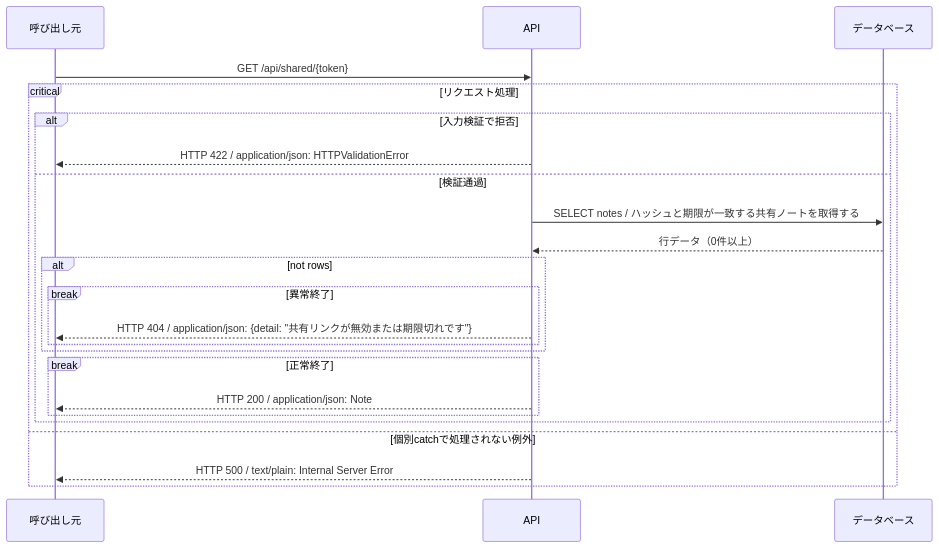
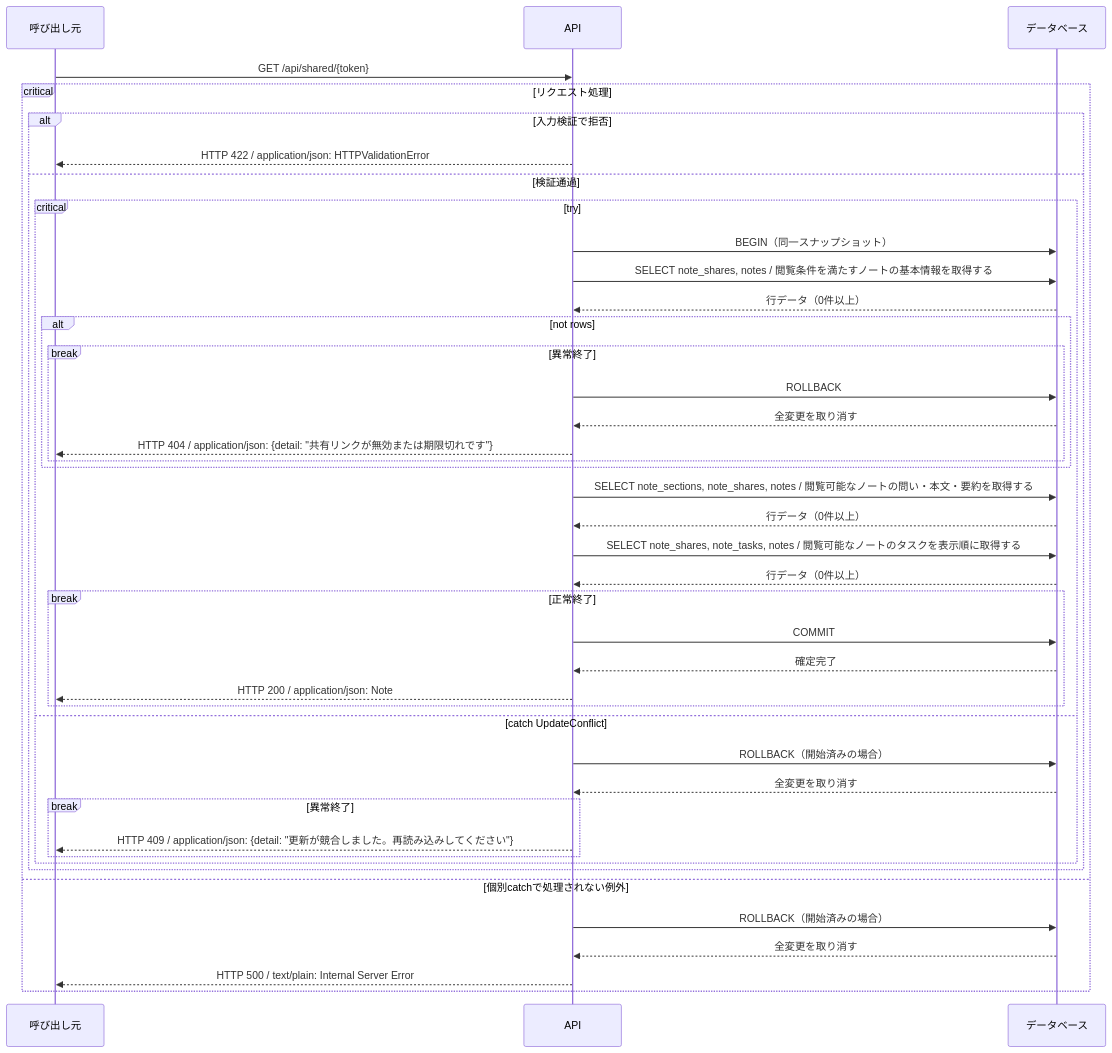
The diagram in docs/generated/apis/get_shared/sequence.gen.md (tsuji-tomonori/CornellNoteWebv2), drawn with Mermaid before and after one commit. The commit also changed other lines of this file and 194 other files, not shown here.

````diff
--- a/docs/generated/apis/get_shared/sequence.gen.md
+++ b/docs/generated/apis/get_shared/sequence.gen.md
@@ -21,25 +21,44 @@
 ```mermaid
 sequenceDiagram
     participant C as 呼び出し元
     participant A as API
     participant D as データベース
     C->>A: GET /api/shared/{token}
     critical リクエスト処理
     alt 入力検証で拒否
     A-->>C: HTTP 422 / application/json: HTTPValidationError
     else 検証通過
-    A->>D: SELECT notes / ハッシュと期限が一致する共有ノートを取得する
+    critical try
+    A->>D: BEGIN（同一スナップショット）
+    A->>D: SELECT note_shares, notes / 閲覧条件を満たすノートの基本情報を取得する
     D-->>A: 行データ（0件以上）
     alt not rows
     break 異常終了
+    A->>D: ROLLBACK
+    D-->>A: 全変更を取り消す
     A-->>C: HTTP 404 / application/json: {detail: #quot;共有リンクが無効または期限切れです#quot;}
     end
     end
+    A->>D: SELECT note_sections, note_shares, notes / 閲覧可能なノートの問い・本文・要約を取得する
+    D-->>A: 行データ（0件以上）
+    A->>D: SELECT note_shares, note_tasks, notes / 閲覧可能なノートのタスクを表示順に取得する
+    D-->>A: 行データ（0件以上）
     break 正常終了
+    A->>D: COMMIT
+    D-->>A: 確定完了
     A-->>C: HTTP 200 / application/json: Note
+    end
+    option catch UpdateConflict
+    A->>D: ROLLBACK（開始済みの場合）
+    D-->>A: 全変更を取り消す
+    break 異常終了
+    A-->>C: HTTP 409 / application/json: {detail: #quot;更新が競合しました。再読み込みしてください#quot;}
+    end
     end
     end
     option 個別catchで処理されない例外
+    A->>D: ROLLBACK（開始済みの場合）
+    D-->>A: 全変更を取り消す
     A-->>C: HTTP 500 / text/plain: Internal Server Error
     end
 ```
````
